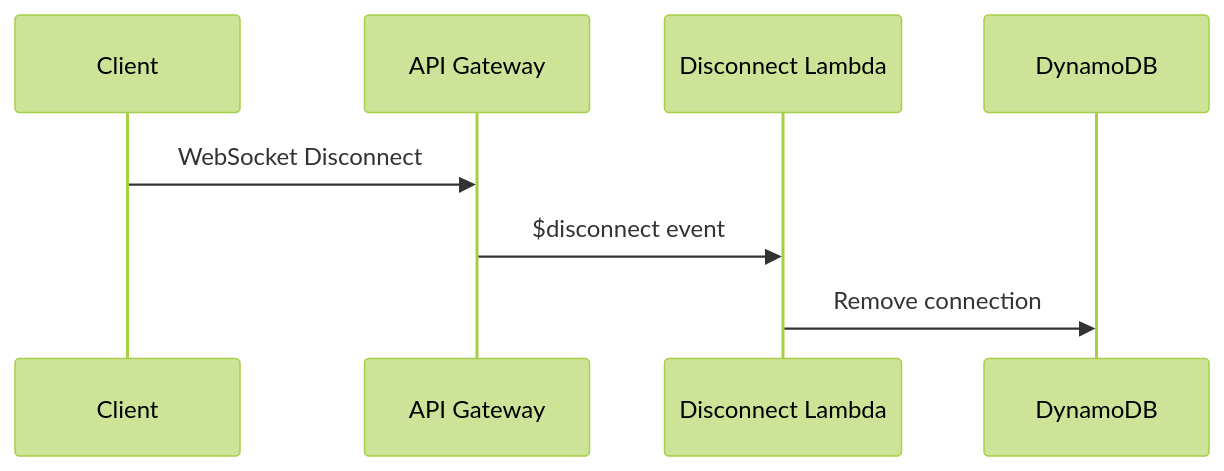
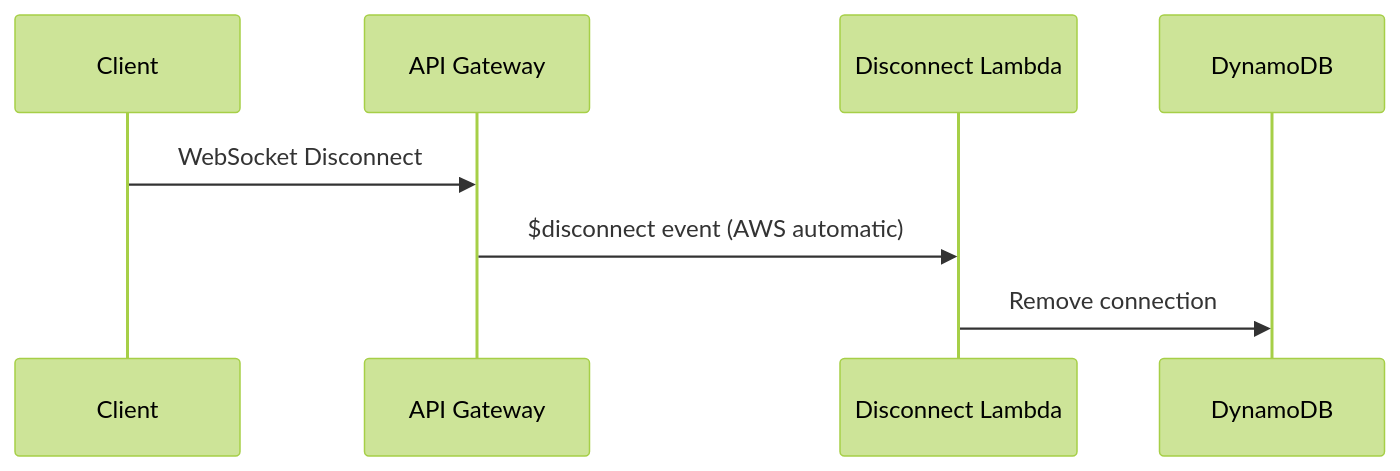
The fourth of 4 diagrams in message-board/README.md (nkcoder/nodejs-projects), drawn with Mermaid (forest theme) before and after one commit. The commit also changed other lines of this file and 1 other file, not shown here.

````diff
--- a/message-board/README.md
+++ b/message-board/README.md
@@ -189,11 +373,11 @@
 ```mermaid
 sequenceDiagram
     participant Client
     participant API Gateway
     participant Disconnect Lambda
     participant DynamoDB
 
     Client->>API Gateway: WebSocket Disconnect
-    API Gateway->>Disconnect Lambda: $disconnect event
+    API Gateway->>Disconnect Lambda: $disconnect event (AWS automatic)
     Disconnect Lambda->>DynamoDB: Remove connection
 ```
````
